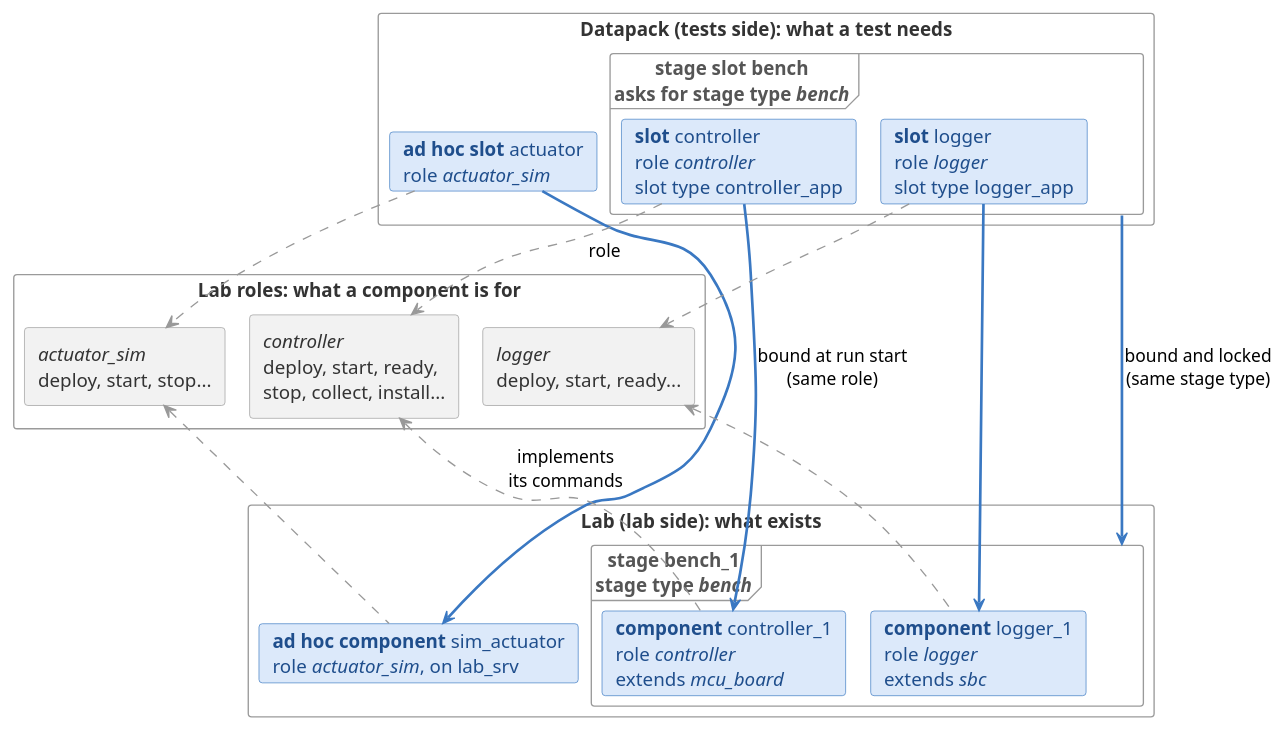
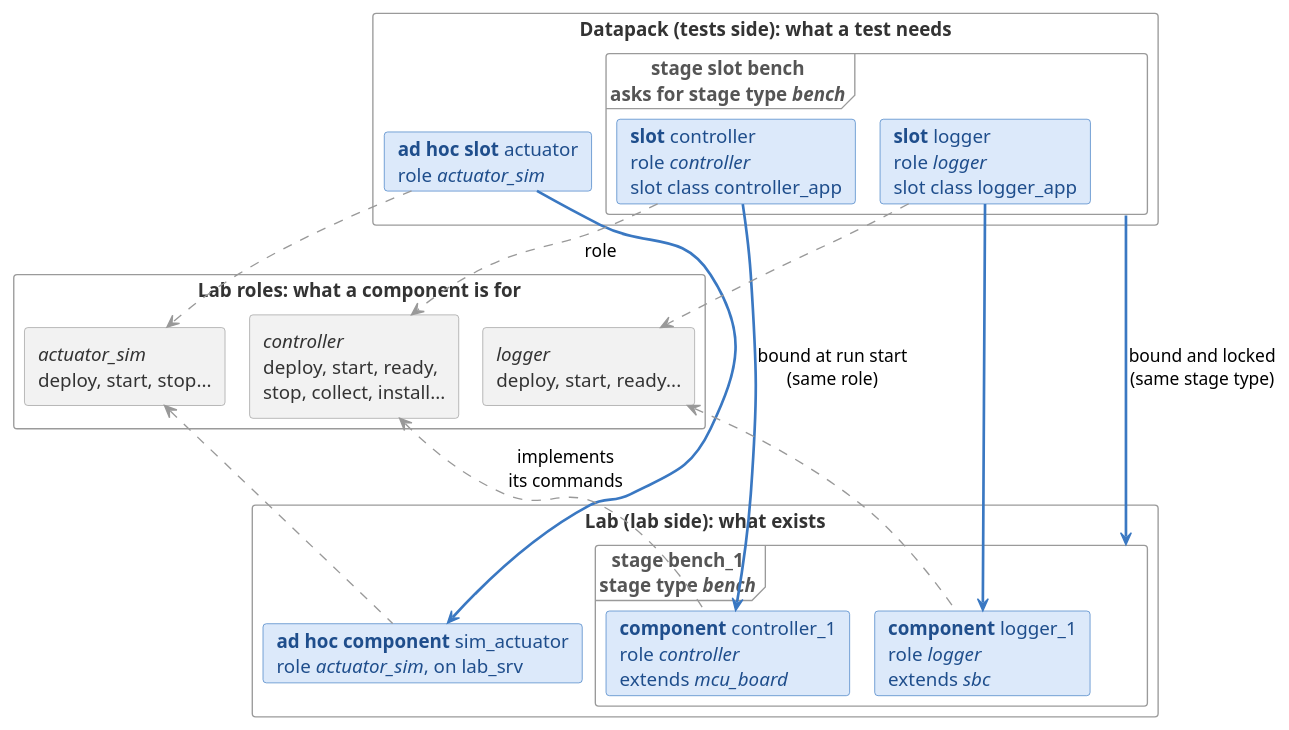
One commit to laurentmldev/testsuit changed the diagram in docs/diagrams/concepts.puml. Above: the diagram before and after it, drawn with PlantUML. The commit also changed 43 other files, not shown here.

```diff
--- a/docs/diagrams/concepts.puml
+++ b/docs/diagrams/concepts.puml
@@ -1,53 +1,53 @@
 @startuml concepts
 !pragma layout smetana
 skinparam shadowing false
 skinparam defaultFontName Helvetica
 skinparam ArrowColor #555555
 skinparam rectangle {
   BorderColor #9A9A9A
   FontColor #333333
 }
 skinparam card {
   BorderColor #3A78C2
   BackgroundColor #DCE9FA
   FontColor #1F4E8C
 }
 skinparam frame {
   BorderColor #9A9A9A
   FontColor #555555
 }
 
 rectangle "**Datapack** (tests side): what a test needs" as dp #FFFFFF {
   frame "**stage slot** bench\nasks for stage type //bench//" as stage_slot {
-    card "**slot** controller\nrole //controller//\nslot type controller_app" as s_pilot
-    card "**slot** logger\nrole //logger//\nslot type logger_app" as s_tm
+    card "**slot** controller\nrole //controller//\nslot class controller_app" as s_pilot
+    card "**slot** logger\nrole //logger//\nslot class logger_app" as s_tm
   }
   card "**ad hoc slot** actuator\nrole //actuator_sim//" as s_prop
 }
 
 rectangle "**Lab roles**: what a component is for" as roles #FFFFFF {
   rectangle "//controller//\ndeploy, start, ready,\nstop, collect, install..." as r_pilot #F2F2F2
   rectangle "//logger//\ndeploy, start, ready..." as r_tm #F2F2F2
   rectangle "//actuator_sim//\ndeploy, start, stop..." as r_prop #F2F2F2
 }
 
 rectangle "**Lab** (lab side): what exists" as lab #FFFFFF {
   frame "**stage** bench_1\nstage type //bench//" as stage {
     card "**component** controller_1\nrole //controller//\nextends //mcu_board//" as c_pilot
     card "**component** logger_1\nrole //logger//\nextends //sbc//" as c_tm
   }
   card "**ad hoc component** sim_actuator\nrole //actuator_sim//, on lab_srv" as c_prop
 }
 
 s_pilot -[#3A78C2,bold]-> c_pilot : bound at run start\n(same role)
 s_tm -[#3A78C2,bold]-> c_tm
 s_prop -[#3A78C2,bold]-> c_prop
 stage_slot .[#3A78C2,bold].> stage : bound and locked\n(same stage type)
 
 s_pilot -[#999999,dashed]-> r_pilot : role
 r_pilot <-[#999999,dashed]- c_pilot : implements\nits commands
 s_tm -[#999999,dashed]-> r_tm
 r_tm <-[#999999,dashed]- c_tm
 s_prop -[#999999,dashed]-> r_prop
 r_prop <-[#999999,dashed]- c_prop
 @enduml
```
